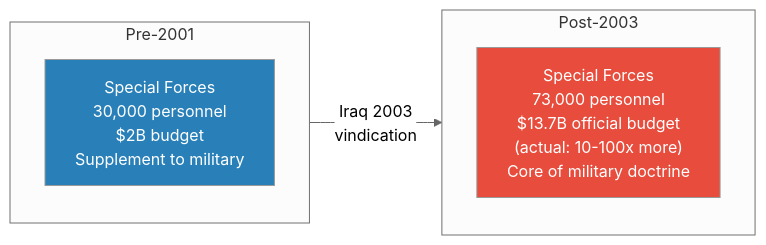
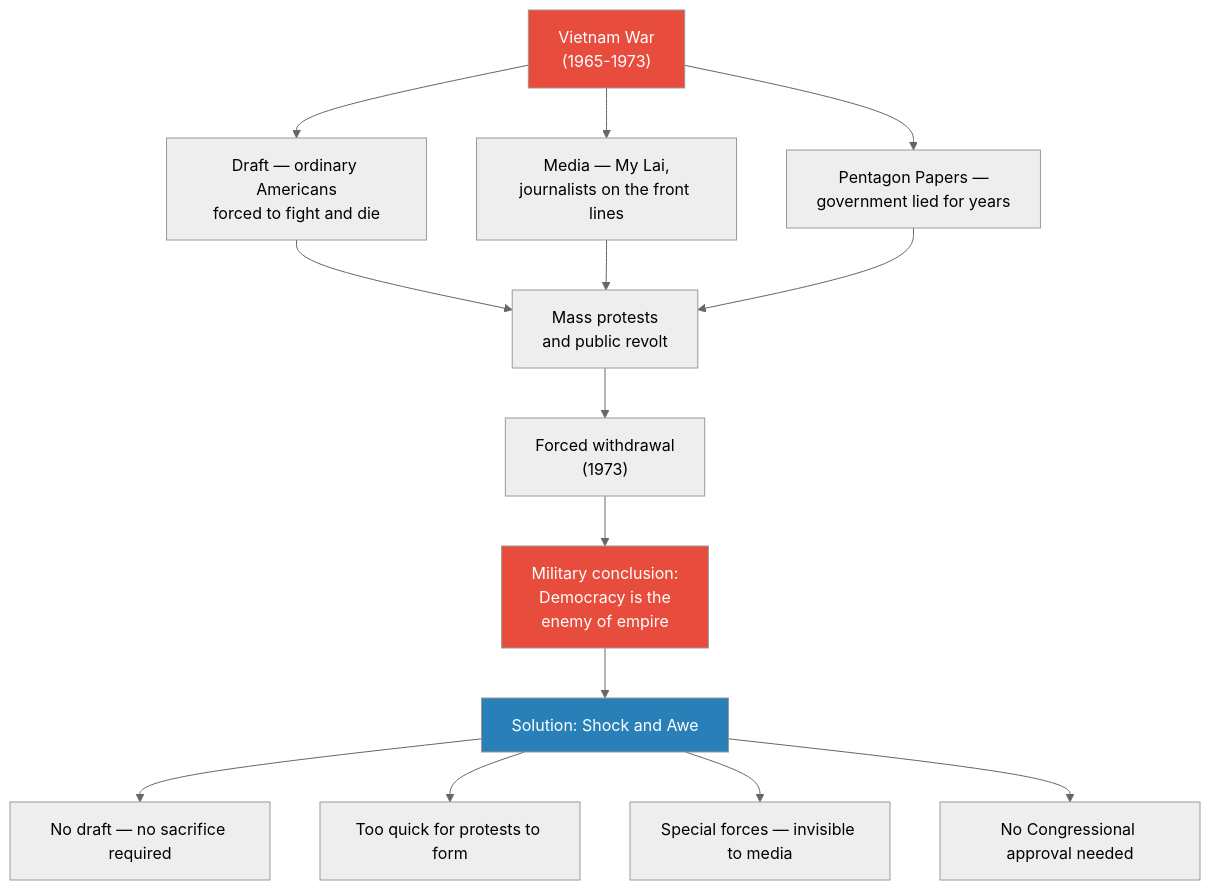
Before and after one commit to alius33/reader: the fifth of 7 diagrams in summaries/Lectures/Geo-Strategy/06 - America's Imperial Hubris.md, drawn with Mermaid (neutral theme). The commit also changed other lines of this file and 26 other files, not shown here.

````diff
--- a/summaries/Lectures/Geo-Strategy/06 - America's Imperial Hubris.md
+++ b/summaries/Lectures/Geo-Strategy/06 - America's Imperial Hubris.md
@@ -366,12 +258,19 @@
 ```mermaid
-flowchart LR
-    subgraph PRE["Pre-2001"]
-        SF1["Special Forces<br/>30,000 personnel<br/>$2B budget<br/>Supplement to military"]
-    end
-    subgraph POST["Post-2003"]
-        SF2["Special Forces<br/>73,000 personnel<br/>$13.7B official budget<br/>(actual: 10-100x more)<br/>Core of military doctrine"]
-    end
-    PRE --> |"Iraq 2003<br/>vindication"| POST
-    style SF1 fill:#2980b9,color:#fff
-    style SF2 fill:#e74c3c,color:#fff
+flowchart TB
+    VW["Vietnam War<br/>(1965-1973)"] --> D["Draft — ordinary Americans<br/>forced to fight and die"]
+    VW --> M["Media — My Lai,<br/>journalists on the front lines"]
+    VW --> PP["Pentagon Papers —<br/>government lied for years"]
+    D --> PR["Mass protests<br/>and public revolt"]
+    M --> PR
+    PP --> PR
+    PR --> W["Forced withdrawal<br/>(1973)"]
+    W --> MC["Military conclusion:<br/>Democracy is the<br/>enemy of empire"]
+    MC --> SA["Solution: Shock and Awe"]
+    SA --> R1["No draft — no sacrifice required"]
+    SA --> R2["Too quick for protests to form"]
+    SA --> R3["Special forces — invisible to media"]
+    SA --> R4["No Congressional approval needed"]
+    style VW fill:#e74c3c,color:#fff
+    style MC fill:#e74c3c,color:#fff
+    style SA fill:#2980b9,color:#fff
 ```
````
